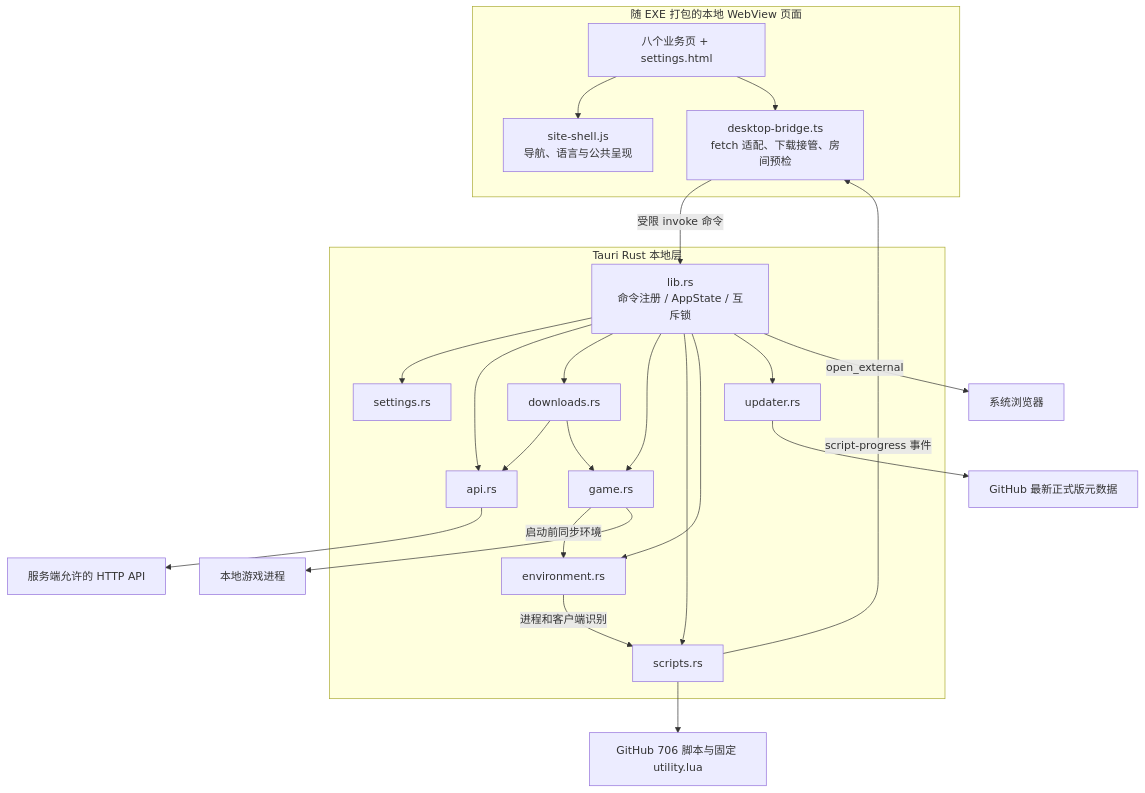
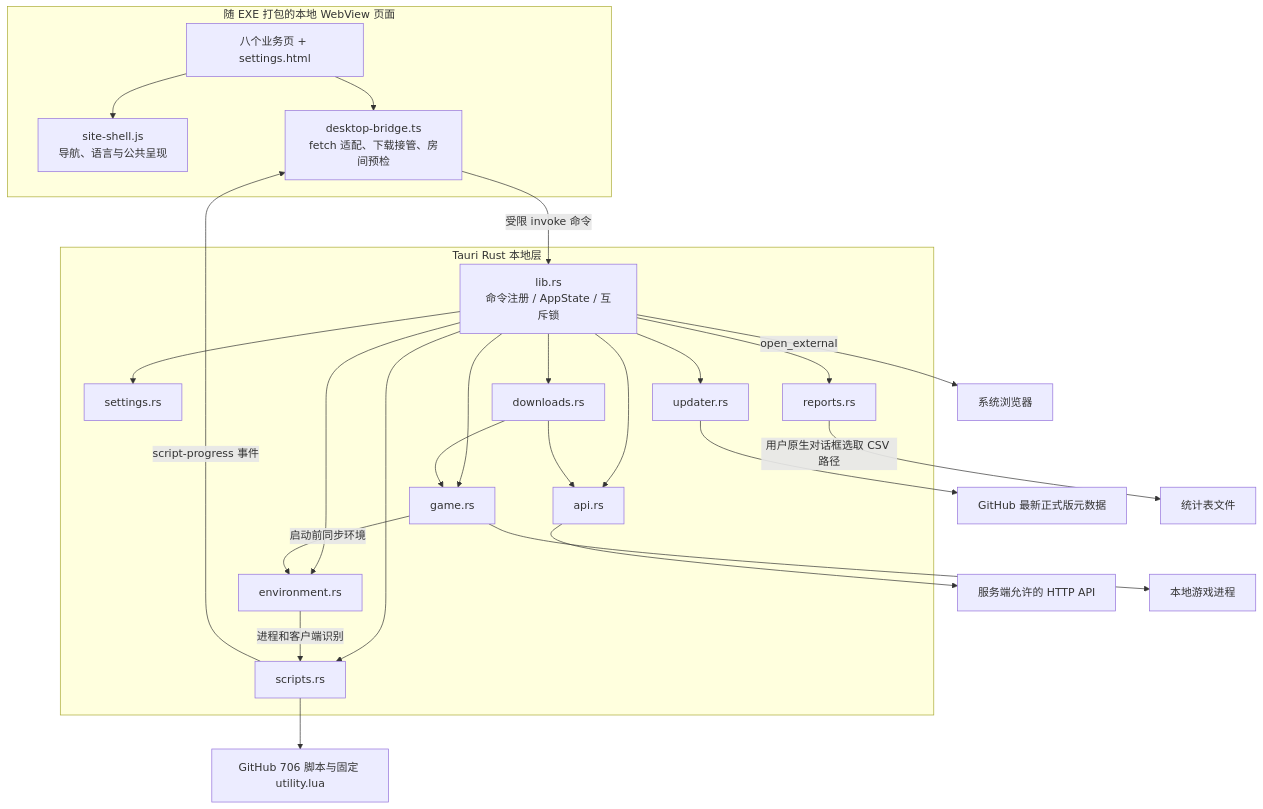
The second of 8 diagrams in docs/ARCHITECTURE.md (301zrg/srvprotianti-desktop), drawn with Mermaid before and after one commit. The commit also changed other lines of this file and 5 other files, not shown here.

````diff
--- a/docs/ARCHITECTURE.md
+++ b/docs/ARCHITECTURE.md
@@ -48,38 +48,41 @@
 ```mermaid
 flowchart TB
     subgraph UI[随 EXE 打包的本地 WebView 页面]
         Pages["八个业务页 + settings.html"]
         Shell["site-shell.js<br/>导航、语言与公共呈现"]
         Bridge["desktop-bridge.ts<br/>fetch 适配、下载接管、房间预检"]
         Pages --> Shell
         Pages --> Bridge
     end
     subgraph Native[Tauri Rust 本地层]
         Entry["lib.rs<br/>命令注册 / AppState / 互斥锁"]
         Settings[settings.rs]
         Api[api.rs]
         Download[downloads.rs]
+        Reports[reports.rs]
         Game[game.rs]
         Script[scripts.rs]
         Env[environment.rs]
         Update[updater.rs]
         Entry --> Settings
         Entry --> Api
         Entry --> Download
+        Entry --> Reports
         Entry --> Game
         Entry --> Script
         Entry --> Env
         Entry --> Update
         Download --> Api
         Download --> Game
         Game -->|启动前同步环境| Env
         Env -->|进程和客户端识别| Script
     end
     Bridge -->|受限 invoke 命令| Entry
     Script -->|script-progress 事件| Bridge
     Api --> HTTP[服务端允许的 HTTP API]
     Script --> Git[GitHub 706 脚本与固定 utility.lua]
     Update --> Release[GitHub 最新正式版元数据]
     Game --> Process[本地游戏进程]
+    Reports -->|用户原生对话框选取 CSV 路径| Csv[统计表文件]
     Entry -->|open_external| Browser[系统浏览器]
 ```
````
